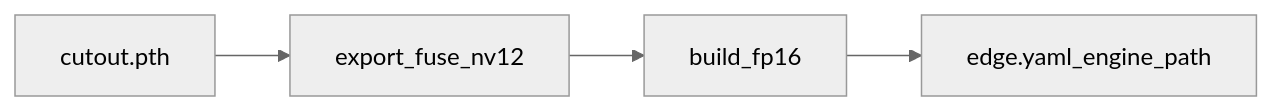
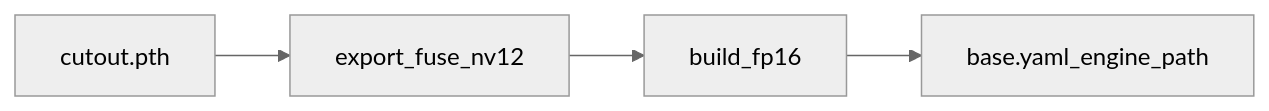
One commit to haruto2002/miru2026_demo_edge changed the diagram in docs/build/tensorrt_engine.md. Above: the diagram before and after it, drawn with Mermaid (neutral theme). The commit also changed other lines of this file and 18 other files, not shown here.

First line of the commit message:
Split Jetson edge config into base.yaml and per-machine overrides.

````diff
--- a/docs/build/tensorrt_engine.md
+++ b/docs/build/tensorrt_engine.md
@@ -7,6 +7,6 @@
 ```mermaid
 flowchart LR
   ckpt[cutout.pth] --> onnx[export_fuse_nv12]
   onnx --> engine[build_fp16]
-  engine --> yaml[edge.yaml_engine_path]
+  engine --> yaml[base.yaml_engine_path]
 ```
````
